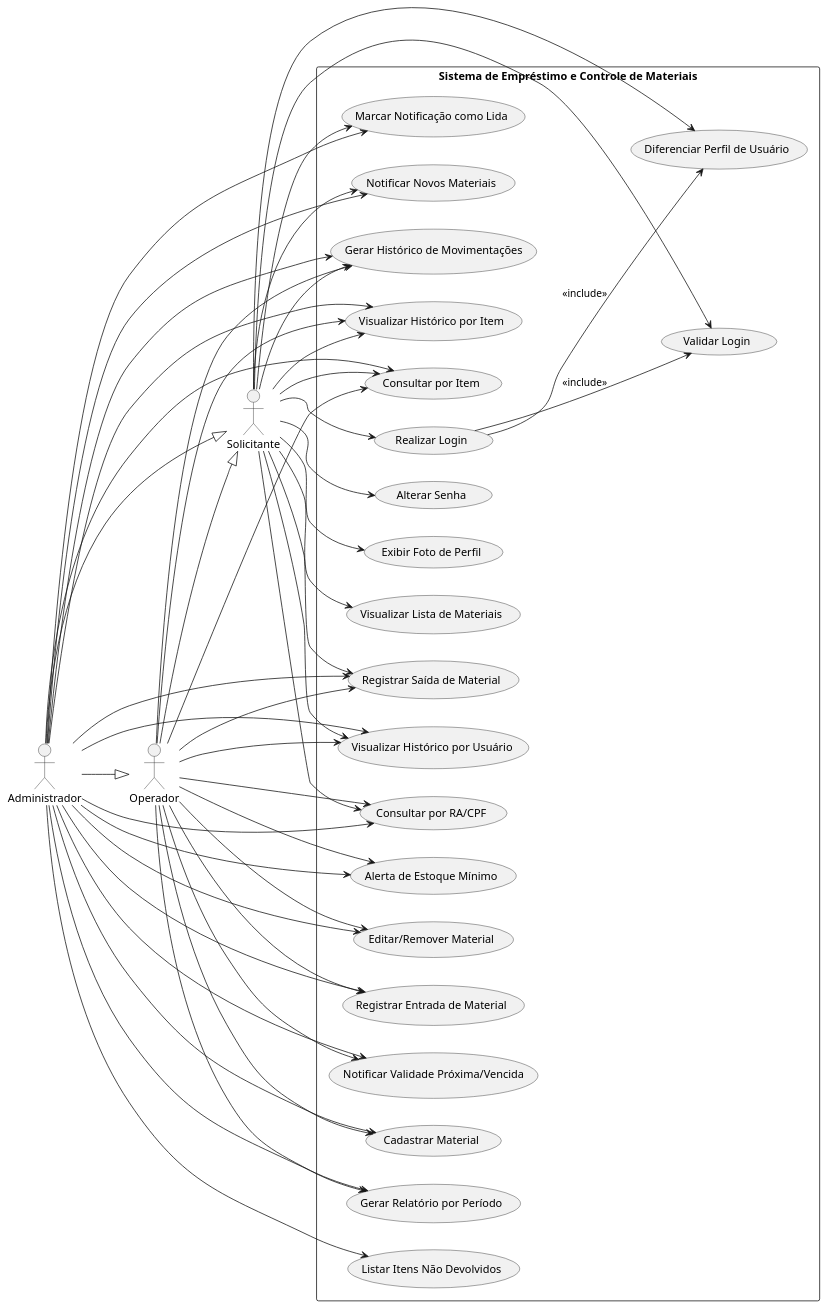
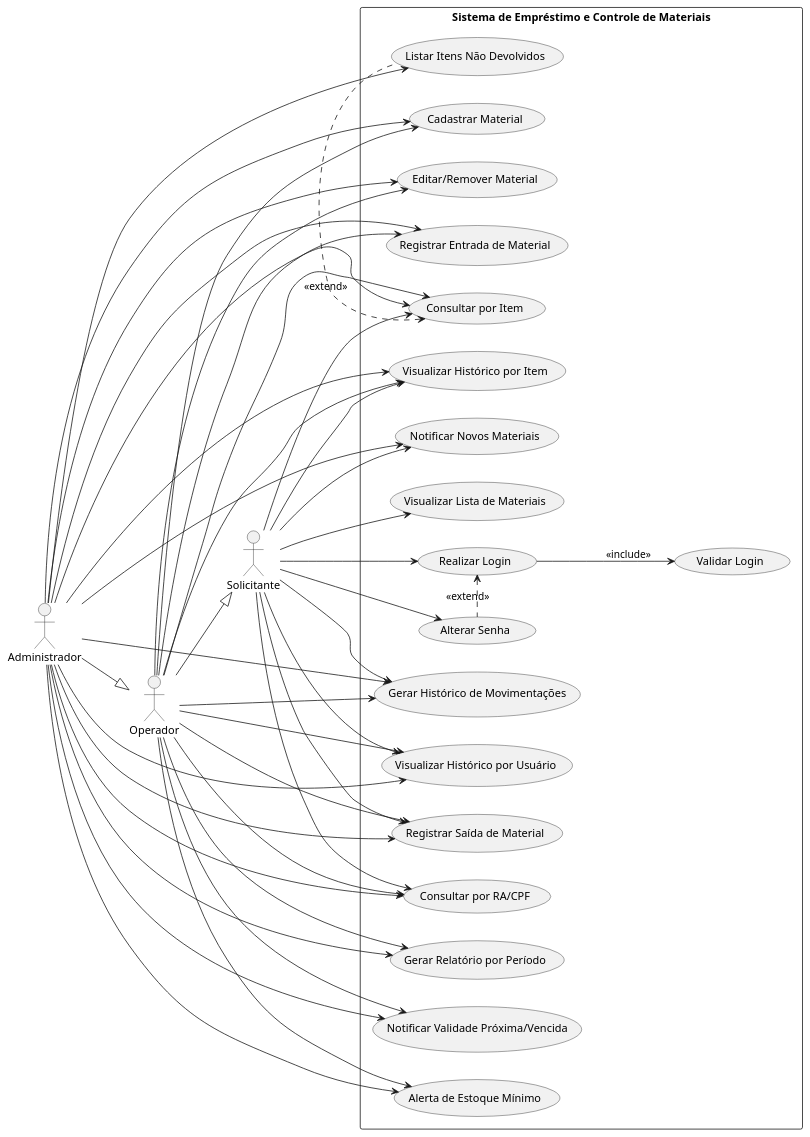
The diagram in diarios/maurolibanore/Diagramas/trabalho.puml (tayna01/analise-projeto-sistemas), drawn with PlantUML before and after one commit.

Commit message:
correcao

```diff
--- a/diarios/maurolibanore/Diagramas/trabalho.puml
+++ b/diarios/maurolibanore/Diagramas/trabalho.puml
@@ -1,103 +1,95 @@
 @startuml
 left to right direction
 
 ' Atores
 actor sol as "Solicitante"
 actor op as "Operador"
 actor adm as "Administrador"
 
 ' Herança entre atores
 op --|> sol
-adm --|> sol
 adm --|> op
 
 rectangle "Sistema de Empréstimo e Controle de Materiais" {
 
   ' --- [1] CONTROLE DE ACESSO ---
   usecase UC01 as "Realizar Login"
   usecase UC02 as "Validar Login"
-  usecase UC03 as "Diferenciar Perfil de Usuário"
   usecase UC04 as "Alterar Senha"
-  usecase UC05 as "Exibir Foto de Perfil"
 
   ' --- [2] GERENCIAMENTO DE MATERIAIS ---
   usecase UC06 as "Cadastrar Material"
   usecase UC07 as "Editar/Remover Material"
   usecase UC08 as "Visualizar Lista de Materiais"
 
   ' --- [3] CONTROLE DE ESTOQUE ---
   usecase UC09 as "Registrar Entrada de Material"
   usecase UC10 as "Registrar Saída de Material"
   usecase UC11 as "Gerar Histórico de Movimentações"
 
   ' --- [4] RELATÓRIOS E CONSULTAS ---
   usecase UC12 as "Gerar Relatório por Período"
   usecase UC13 as "Consultar por Item"
   usecase UC14 as "Consultar por RA/CPF"
   usecase UC15 as "Listar Itens Não Devolvidos"
 
   ' --- [5] NOTIFICAÇÕES E ALERTAS ---
   usecase UC16 as "Notificar Validade Próxima/Vencida"
-  usecase UC17 as "Marcar Notificação como Lida"
   usecase UC18 as "Notificar Novos Materiais"
   usecase UC19 as "Alerta de Estoque Mínimo"
 
   ' --- [6] HISTÓRICO DE MOVIMENTAÇÕES ---
   usecase UC20 as "Visualizar Histórico por Item"
   usecase UC21 as "Visualizar Histórico por Usuário"
 
   ' Relacionamentos dos atores com casos de uso
 
   ' Solicitante
   sol --> UC01
-  sol --> UC02
-  sol --> UC03
   sol --> UC04
-  sol --> UC05
   sol --> UC08
   sol --> UC10
   sol --> UC11
   sol --> UC13
   sol --> UC14
   sol --> UC20
   sol --> UC21
-  sol --> UC17
   sol --> UC18
 
   ' Operador
   op --> UC06
   op --> UC07
   op --> UC09
   op --> UC10
   op --> UC11
   op --> UC12
   op --> UC13
   op --> UC14
   op --> UC20
   op --> UC21
   op --> UC16
   op --> UC19
 
   ' Administrador
   adm --> UC06
   adm --> UC07
   adm --> UC09
   adm --> UC10
   adm --> UC11
   adm --> UC12
   adm --> UC13
   adm --> UC14
   adm --> UC15
   adm --> UC16
-  adm --> UC17
   adm --> UC18
   adm --> UC19
   adm --> UC20
   adm --> UC21
 
   ' Relacionamentos entre casos de uso
   UC01 --> UC02 : <<include>>
-  UC01 --> UC03 : <<include>>
+  UC01 <. UC04 : <<extend>>
+  UC13 <. UC15 : <<extend>>
 }
 
 @enduml
```
